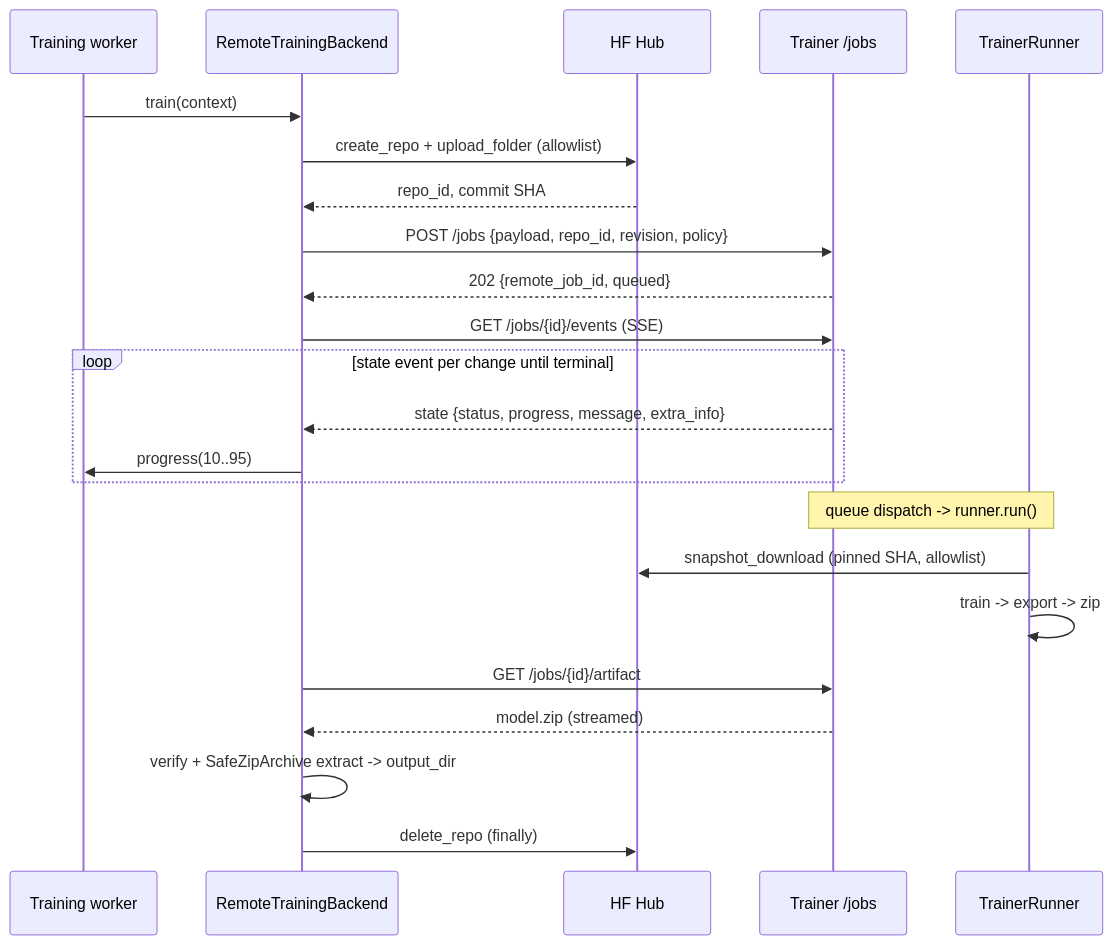
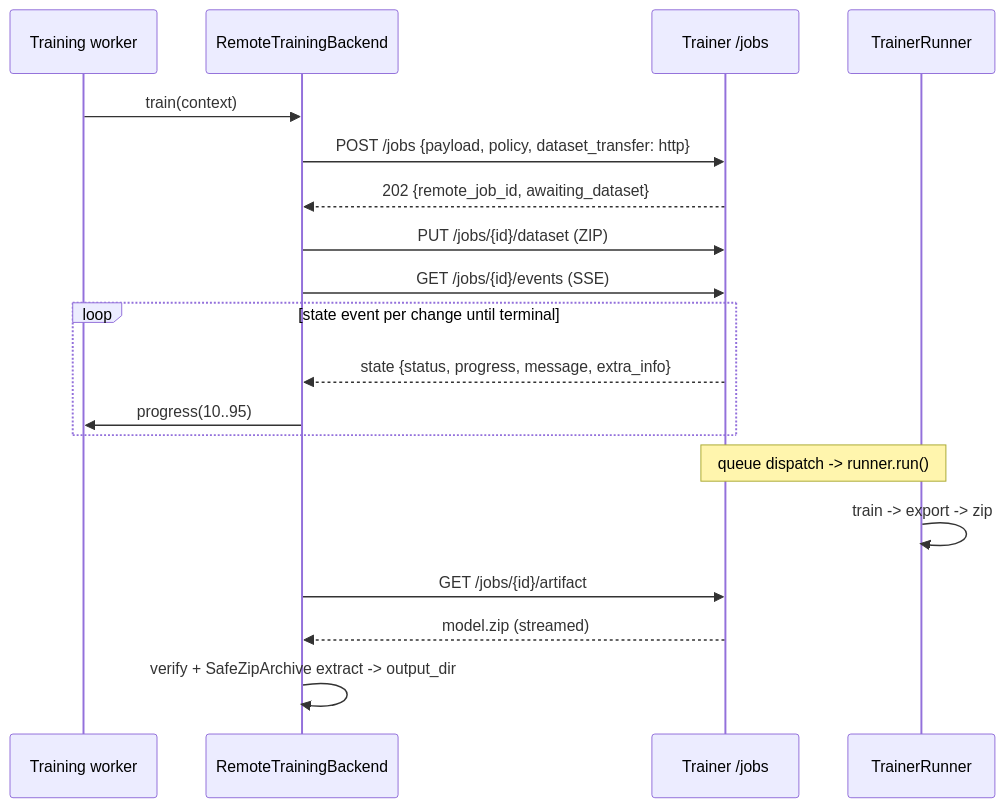
The third of 3 diagrams in application/docs/designs/remote-training.md (open-edge-platform/physical-ai-studio), drawn with Mermaid before and after one commit. The commit also changed other lines of this file and 3 other files, not shown here.

Commit message:
docs: update Hugging Face integration and remote training documentation for dataset transfer modes

````diff
--- a/application/docs/designs/remote-training.md
+++ b/application/docs/designs/remote-training.md
@@ -89,26 +84,22 @@
 ```mermaid
 sequenceDiagram
     participant W as Training worker
     participant RB as RemoteTrainingBackend
-    participant HF as HF Hub
     participant T as Trainer /jobs
     participant R as TrainerRunner
 
     W->>RB: train(context)
-    RB->>HF: create_repo + upload_folder (allowlist)
-    HF-->>RB: repo_id, commit SHA
-    RB->>T: POST /jobs {payload, repo_id, revision, policy}
-    T-->>RB: 202 {remote_job_id, queued}
+    RB->>T: POST /jobs {payload, policy, dataset_transfer: http}
+    T-->>RB: 202 {remote_job_id, awaiting_dataset}
+    RB->>T: PUT /jobs/{id}/dataset (ZIP)
     RB->>T: GET /jobs/{id}/events (SSE)
     loop state event per change until terminal
         T-->>RB: state {status, progress, message, extra_info}
         RB->>W: progress(10..95)
     end
     Note over T,R: queue dispatch -> runner.run()
-    R->>HF: snapshot_download (pinned SHA, allowlist)
     R->>R: train -> export -> zip
     RB->>T: GET /jobs/{id}/artifact
     T-->>RB: model.zip (streamed)
     RB->>RB: verify + SafeZipArchive extract -> output_dir
-    RB->>HF: delete_repo (finally)
 ```
````
